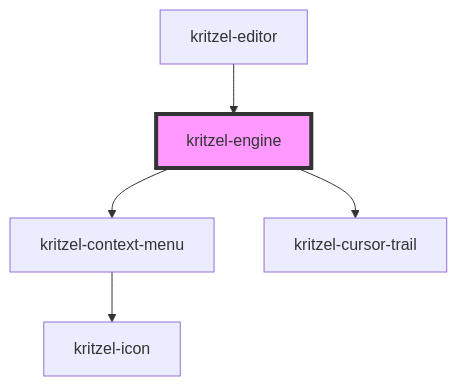
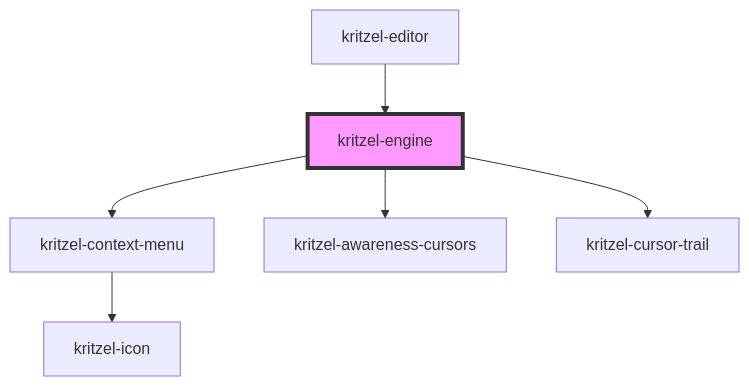
The diagram in libs/kritzel-stencil/src/components/core/kritzel-engine/readme.md (kasual1/kritzel), drawn with Mermaid before and after one commit. The commit also changed other lines of this file and 17 other files, not shown here.

Commit message:
WIP Add awareness-cursors component

````diff
--- a/libs/kritzel-stencil/src/components/core/kritzel-engine/readme.md
+++ b/libs/kritzel-stencil/src/components/core/kritzel-engine/readme.md
@@ -904,8 +905,9 @@
 ```mermaid
 graph TD;
   kritzel-engine --> kritzel-context-menu
+  kritzel-engine --> kritzel-awareness-cursors
   kritzel-engine --> kritzel-cursor-trail
   kritzel-context-menu --> kritzel-icon
   kritzel-editor --> kritzel-engine
   style kritzel-engine fill:#f9f,stroke:#333,stroke-width:4px
 ```
````
